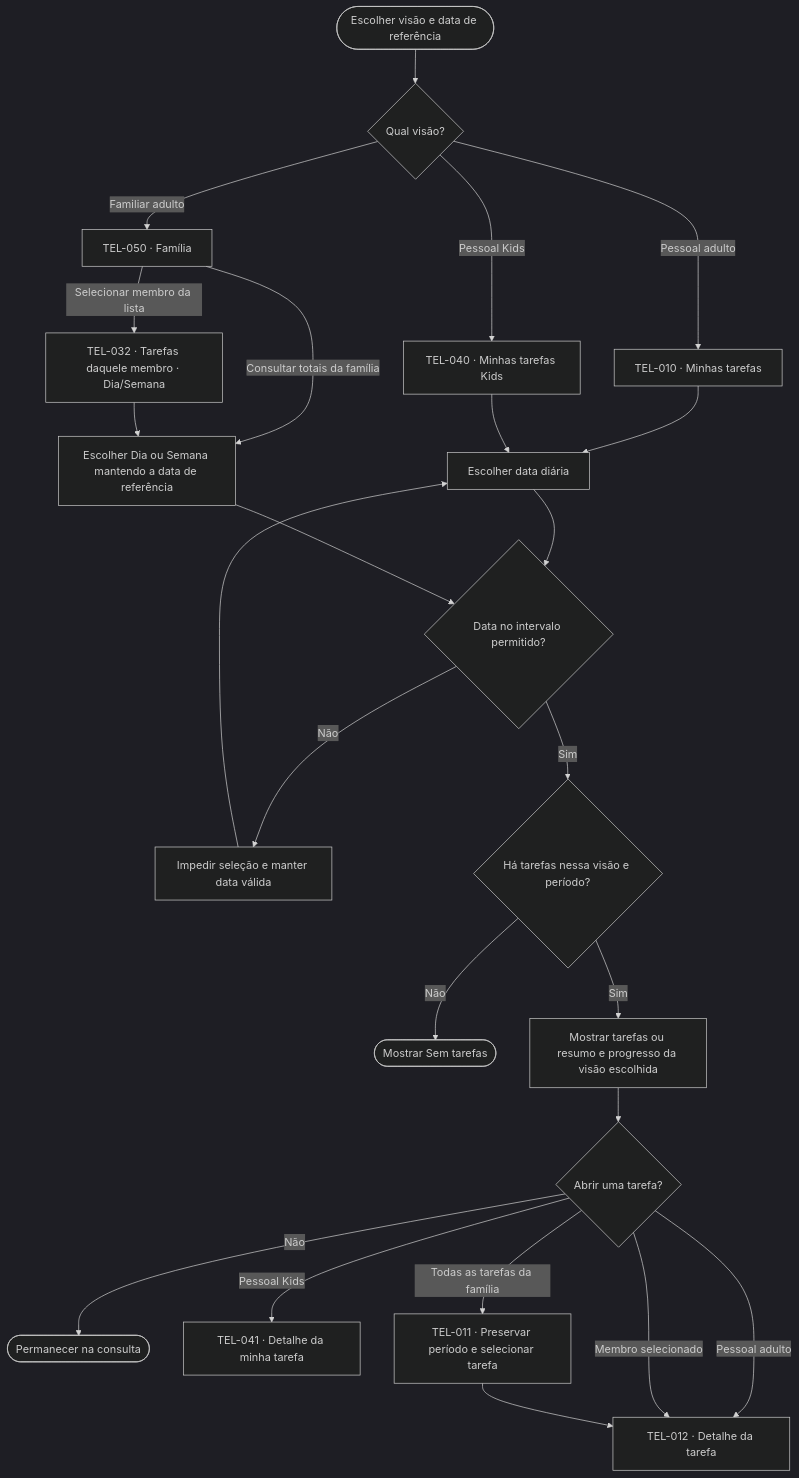
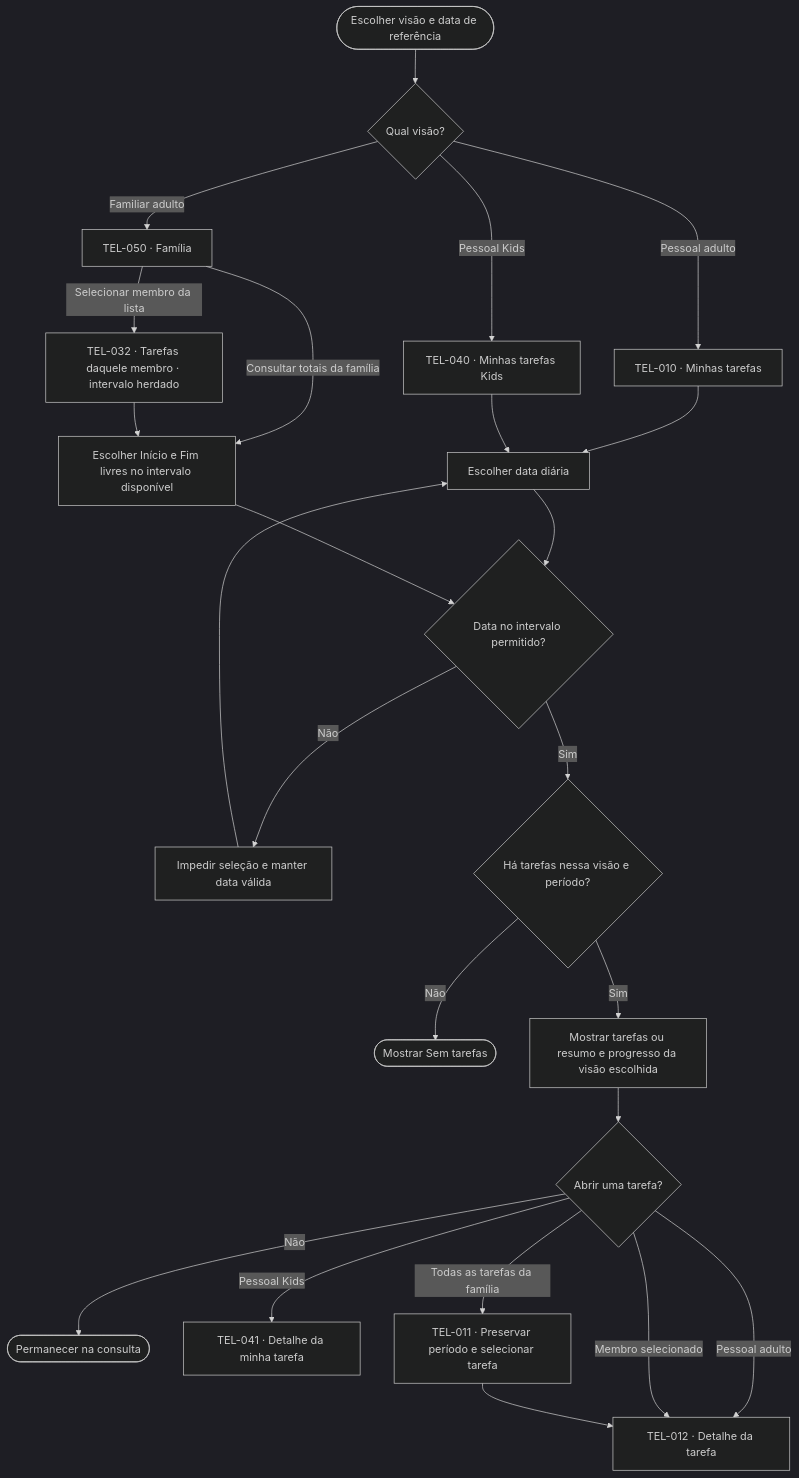
One commit to lizandramalta/App-Rotina-Familiar changed the fourth of 16 diagrams in docs/design/user-flows.md. Above: the diagram before and after it, drawn with Mermaid (dark theme). The commit also changed other lines of this file and 94 other files, not shown here.

````diff
--- a/docs/design/user-flows.md
+++ b/docs/design/user-flows.md
@@ -177,26 +178,26 @@
 ```mermaid
 flowchart TD
     A(["Escolher visão e data de referência"]) --> B{"Qual visão?"}
     B -->|Pessoal adulto| C["TEL-010 · Minhas tarefas"]
     B -->|Pessoal Kids| D["TEL-040 · Minhas tarefas Kids"]
     B -->|Familiar adulto| E["TEL-050 · Família"]
     C --> F["Escolher data diária"]
     D --> F
-    E -->|Consultar totais da família| FF["Escolher Dia ou Semana mantendo a data de referência"]
-    E -->|Selecionar membro da lista| PM["TEL-032 · Tarefas daquele membro · Dia/Semana"]
+    E -->|Consultar totais da família| FF["Escolher Início e Fim livres no intervalo disponível"]
+    E -->|Selecionar membro da lista| PM["TEL-032 · Tarefas daquele membro · intervalo herdado"]
     PM --> FF
     F --> G{"Data no intervalo permitido?"}
     FF --> G
     G -->|Não| H["Impedir seleção e manter data válida"]
     H --> F
     G -->|Sim| I{"Há tarefas nessa visão e período?"}
     I -->|Não| J(["Mostrar Sem tarefas"])
     I -->|Sim| K["Mostrar tarefas ou resumo e progresso da visão escolhida"]
     K --> L{"Abrir uma tarefa?"}
     L -->|Não| M(["Permanecer na consulta"])
     L -->|Pessoal adulto| N["TEL-012 · Detalhe da tarefa"]
     L -->|Pessoal Kids| O["TEL-041 · Detalhe da minha tarefa"]
     L -->|Membro selecionado| N
     L -->|Todas as tarefas da família| P["TEL-011 · Preservar período e selecionar tarefa"]
     P --> N
 ```
````
